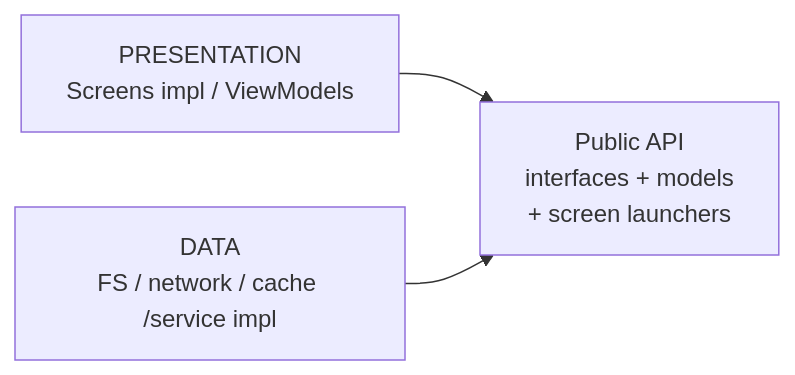
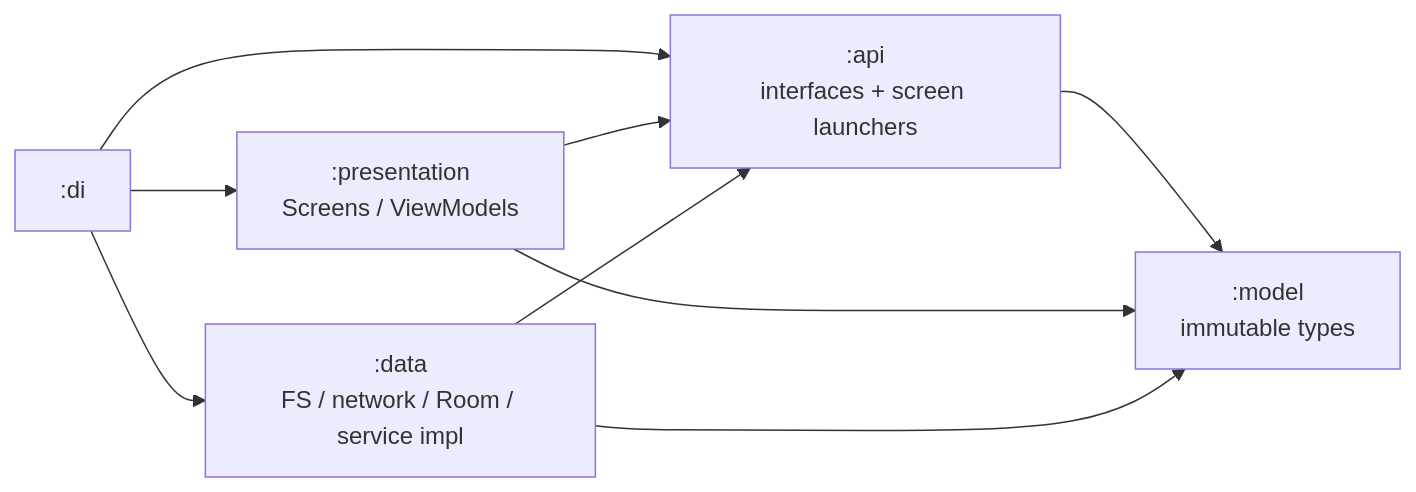
Before and after one commit to Al-Qassim/Android-Studio-Lite: the second of 5 diagrams in project/architecture.md, drawn with Mermaid. The commit also changed other lines of this file, not shown here.

First line of the commit message:
Align architecture.md with five-way features and integration di/nav.

````diff
--- a/project/architecture.md
+++ b/project/architecture.md
@@ -175,9 +184,17 @@
 ```mermaid
 flowchart LR
-  PRESENTATION["PRESENTATION<br/>Screens impl / ViewModels"]
-  API["Public API<br/>interfaces + models<br/>+ screen launchers"]
-  DATA["DATA<br/>FS / network / cache /service impl"]
+  DI[":di"]
+  PRESENTATION[":presentation<br/>Screens / ViewModels"]
+  API[":api<br/>interfaces + screen launchers"]
+  MODEL[":model<br/>immutable types"]
+  DATA[":data<br/>FS / network / Room / service impl"]
 
+  DI --> PRESENTATION
+  DI --> DATA
+  DI --> API
   PRESENTATION --> API
   DATA --> API
+  API --> MODEL
+  PRESENTATION --> MODEL
+  DATA --> MODEL
 ```
````
